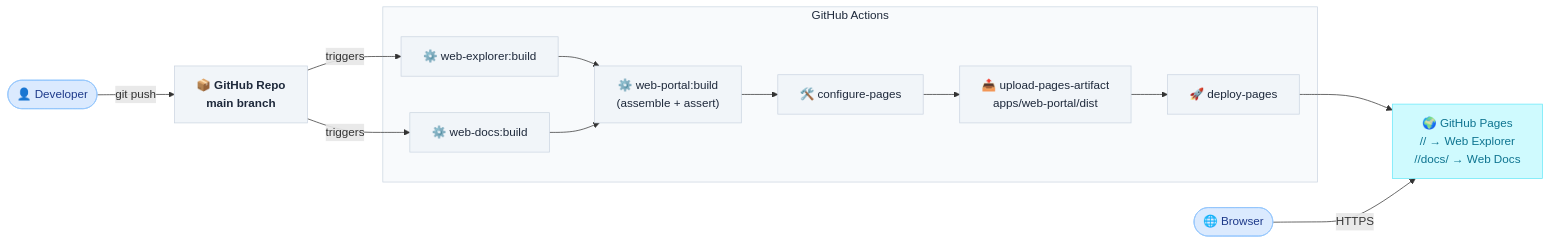
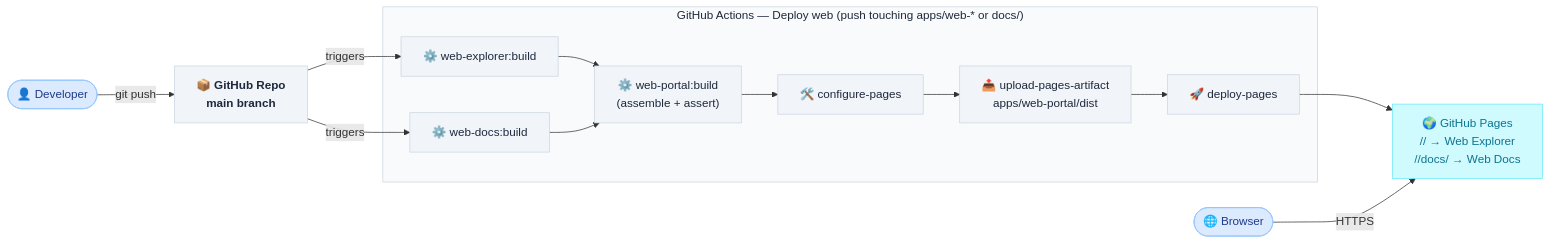
One commit to DataArt/artisyn-implementation-harness changed the diagram in docs/Target Architecture (HLD)/v1/System Overview.md. Above: the diagram before and after it, drawn with Mermaid. The commit also changed 10 other files, not shown here.

Commit message:
docs(ci): describe the Deploy web workflow, its site paths filter and whole-push affected build

````diff
--- a/docs/Target Architecture (HLD)/v1/System Overview.md
+++ b/docs/Target Architecture (HLD)/v1/System Overview.md
@@ -31,34 +31,34 @@
 ```mermaid
 flowchart LR
     Dev(["👤 Developer"]):::client
     Browser(["🌐 Browser"]):::client
 
     GH["📦 GitHub Repo\nmain branch"]:::repo
 
-    subgraph CI_BOX ["  GitHub Actions  "]
+    subgraph CI_BOX ["  GitHub Actions — Deploy web (push touching apps/web-* or docs/)  "]
         EXP_BUILD["⚙️ web-explorer:build"]:::ci
         DOCS_BUILD["⚙️ web-docs:build"]:::ci
         PORTAL_BUILD["⚙️ web-portal:build\n(assemble + assert)"]:::ci
         CFGP["🛠️ configure-pages"]:::ci
         UPLOAD["📤 upload-pages-artifact\napps/web-portal/dist"]:::ci
         DEPLOY["🚀 deploy-pages"]:::ci
     end
 
     PAGES["🌍 GitHub Pages\n/<repo>/ → Web Explorer\n/<repo>/docs/ → Web Docs"]:::pages
 
     Dev -->|"git push"| GH
     GH -->|"triggers"| EXP_BUILD
     GH -->|"triggers"| DOCS_BUILD
     EXP_BUILD --> PORTAL_BUILD
     DOCS_BUILD --> PORTAL_BUILD
     PORTAL_BUILD --> CFGP --> UPLOAD --> DEPLOY
     DEPLOY --> PAGES
     Browser -->|"HTTPS"| PAGES
 
     classDef client fill:#DBEAFE,stroke:#93C5FD,color:#1E3A8A
     classDef repo   fill:#F1F5F9,stroke:#CBD5E1,color:#1E293B,font-weight:bold
     classDef ci     fill:#F1F5F9,stroke:#CBD5E1,color:#1E293B
     classDef pages  fill:#CFFAFE,stroke:#67E8F9,color:#0E7490
 
     style CI_BOX fill:#F8FAFC,stroke:#CBD5E1,color:#1E293B
 ```
````
